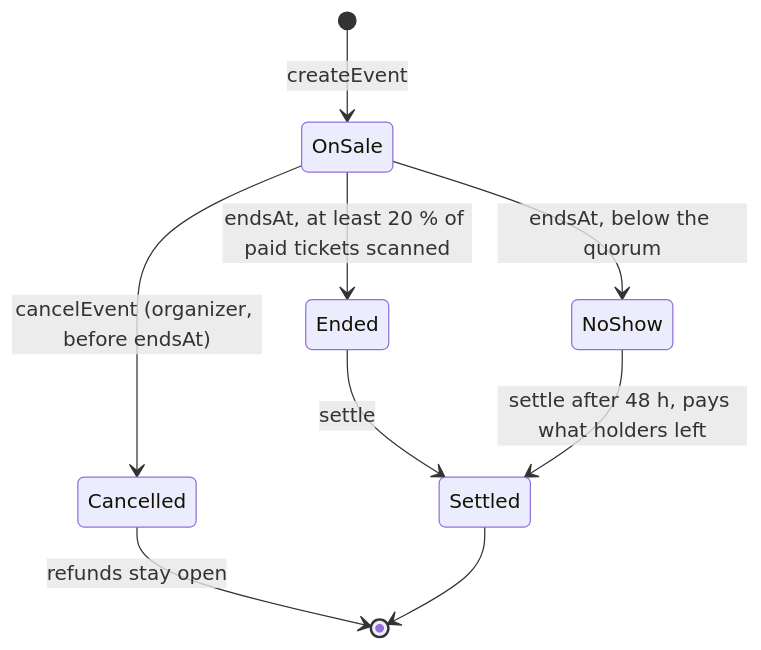
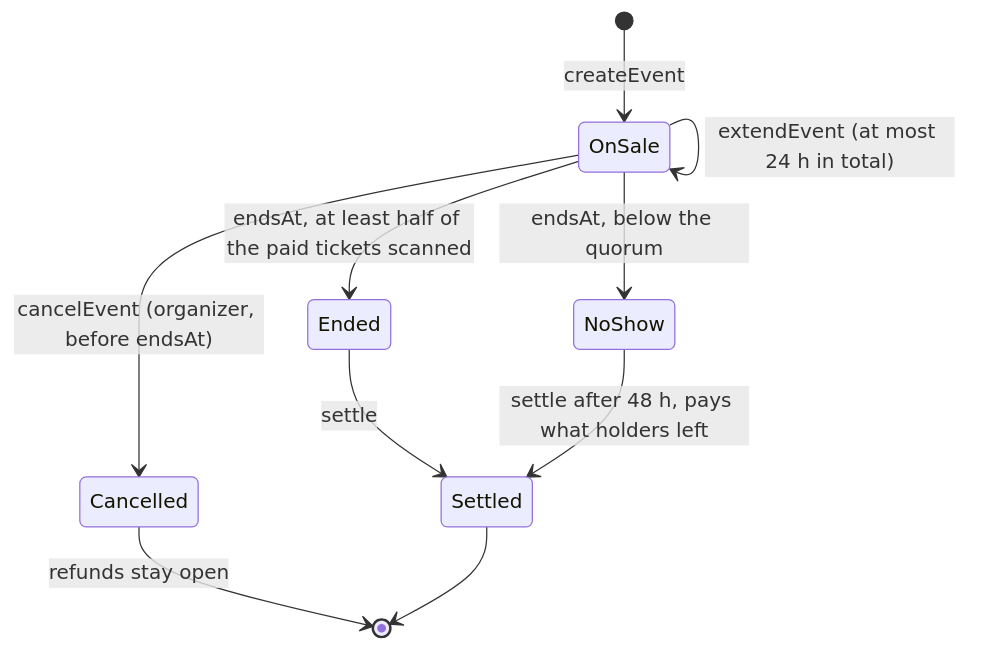
One commit to buiPhongGiang/ticketing changed the seventh of 7 diagrams in docs/ARCHITECTURE.md. Above: the diagram before and after it, drawn with Mermaid. The commit also changed other lines of this file and 8 other files, not shown here.

````diff
--- a/docs/ARCHITECTURE.md
+++ b/docs/ARCHITECTURE.md
@@ -193,11 +200,12 @@
 ```mermaid
 stateDiagram-v2
   [*] --> OnSale: createEvent
   OnSale --> Cancelled: cancelEvent (organizer, before endsAt)
-  OnSale --> Ended: endsAt, at least 20 % of paid tickets scanned
+  OnSale --> OnSale: extendEvent (at most 24 h in total)
+  OnSale --> Ended: endsAt, at least half of the paid tickets scanned
   OnSale --> NoShow: endsAt, below the quorum
   Ended --> Settled: settle
   NoShow --> Settled: settle after 48 h, pays what holders left
   Cancelled --> [*]: refunds stay open
   Settled --> [*]
 ```
````
